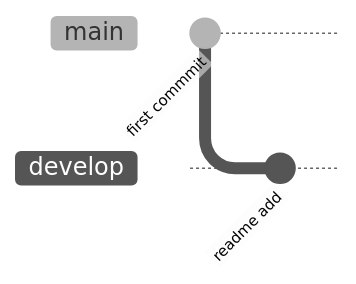
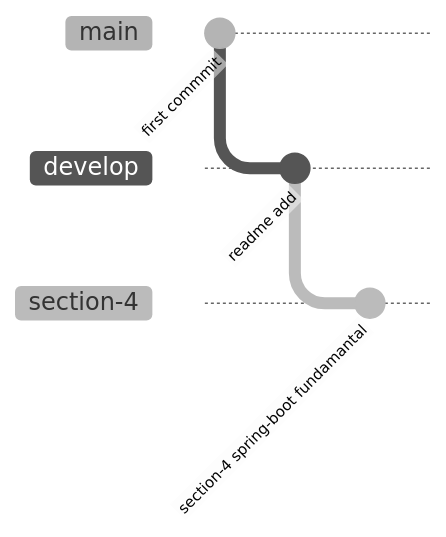
Before and after one commit to rixy-ynxy/spring-boot-blog-app-prac: the diagram in README.md, drawn with Mermaid (neutral theme). The commit also changed 1 other file, not shown here.

Commit message:
readme section-4 branch add

````diff
--- a/README.md
+++ b/README.md
@@ -1,9 +1,11 @@
 ```mermaid
 gitGraph
   checkout main
   commit id: "first commmit"
   branch develop
   checkout develop
   commit id: "readme add"
-
+  branch section-4
+  checkout section-4
+  commit id: "section-4 spring-boot fundamantal"
 ```
````
